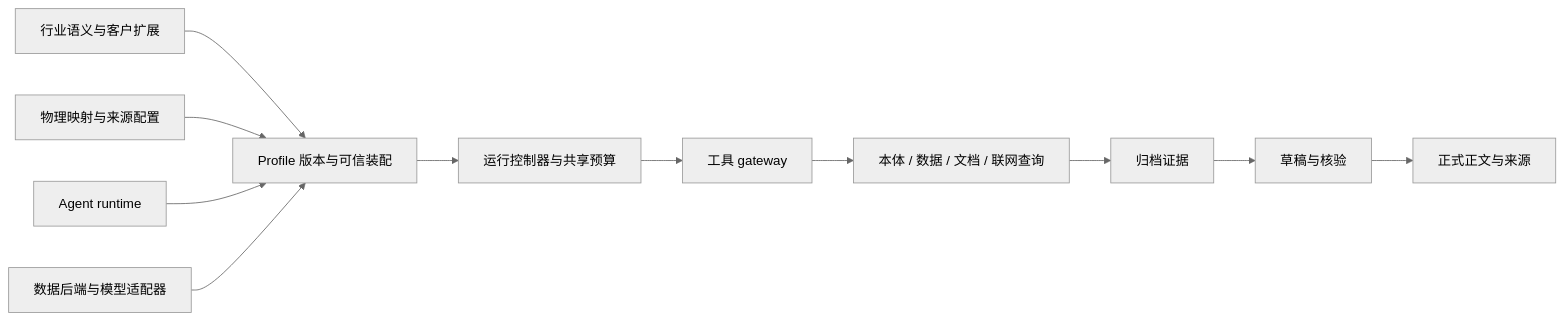
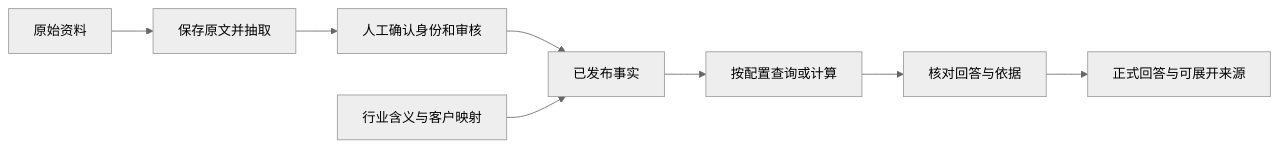
The diagram in README.md (Yijtu/ontology), drawn with Mermaid (neutral theme) before and after one commit. The commit also changed other lines of this file, not shown here.

````diff
--- a/README.md
+++ b/README.md
@@ -42,13 +620,10 @@
 ```mermaid
 flowchart LR
-    I[行业语义与客户扩展] --> P[Profile 版本与可信装配]
-    M[物理映射与来源配置] --> P
-    R[Agent runtime] --> P
-    D[数据后端与模型适配器] --> P
-    P --> C[运行控制器与共享预算]
-    C --> G[工具 gateway]
-    G --> T[本体 / 数据 / 文档 / 联网查询]
-    T --> E[归档证据]
-    E --> V[草稿与核验]
-    V --> A[正式正文与来源]
+    A[原始资料] --> B[保存原文并抽取]
+    B --> C[人工确认身份和审核]
+    C --> D[已发布事实]
+    E[行业含义与客户映射] --> D
+    D --> F[按配置查询或计算]
+    F --> G[核对回答与依据]
+    G --> H[正式回答与可展开来源]
 ```
````
